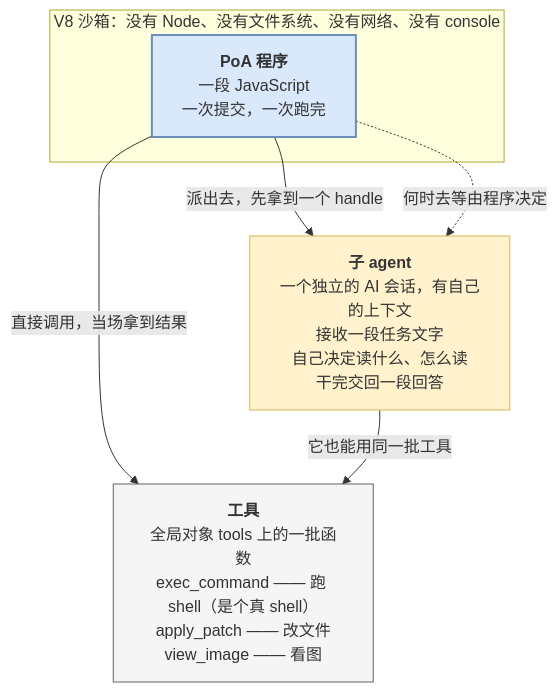
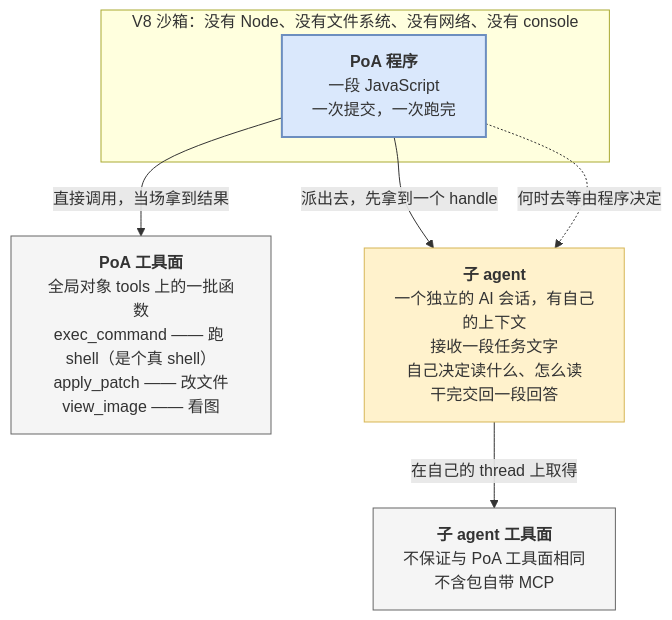
One commit to Brainary-Team/brainary-codex-docs changed the diagram in 03-concepts.md. Above: the diagram before and after it, drawn with Mermaid. The commit also changed other lines of this file and 10 other files, not shown here.

````diff
--- a/03-concepts.md
+++ b/03-concepts.md
@@ -9,15 +9,16 @@
 ```mermaid
 graph TD
     subgraph SANDBOX["V8 沙箱：没有 Node、没有文件系统、没有网络、没有 console"]
       PROG["<b>PoA 程序</b><br/>一段 JavaScript<br/>一次提交，一次跑完"]
     end
 
-    PROG -->|"直接调用，当场拿到结果"| TOOLS["<b>工具</b><br/>全局对象 tools 上的一批函数<br/>exec_command —— 跑 shell（是个真 shell）<br/>apply_patch —— 改文件<br/>view_image —— 看图"]
+    PROG -->|"直接调用，当场拿到结果"| TOOLS["<b>PoA 工具面</b><br/>全局对象 tools 上的一批函数<br/>exec_command —— 跑 shell（是个真 shell）<br/>apply_patch —— 改文件<br/>view_image —— 看图"]
     PROG -->|"派出去，先拿到一个 handle"| AGENT["<b>子 agent</b><br/>一个独立的 AI 会话，有自己的上下文<br/>接收一段任务文字<br/>自己决定读什么、怎么读<br/>干完交回一段回答"]
-    AGENT -->|"它也能用同一批工具"| TOOLS
+    AGENT -->|"在自己的 thread 上取得"| CHILD_TOOLS["<b>子 agent 工具面</b><br/>不保证与 PoA 工具面相同<br/>不含包自带 MCP"]
     PROG -.->|"何时去等由程序决定"| AGENT
 
     style PROG fill:#dae8fc,stroke:#6c8ebf,stroke-width:2px
     style TOOLS fill:#f5f5f5,stroke:#666666
+    style CHILD_TOOLS fill:#f5f5f5,stroke:#666666
     style AGENT fill:#fff2cc,stroke:#d6b656
 ```
````
